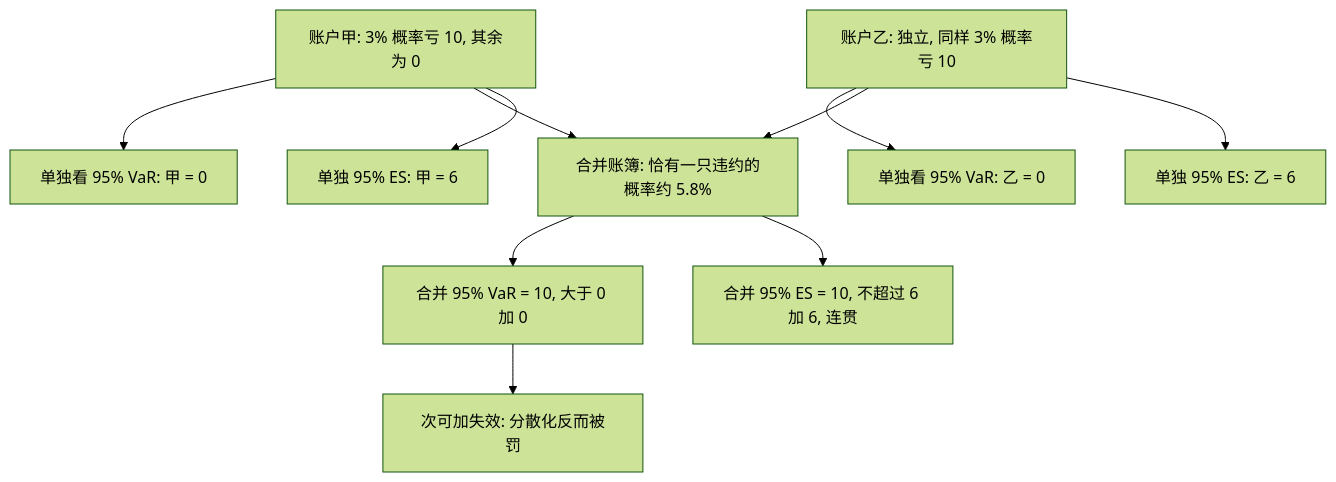
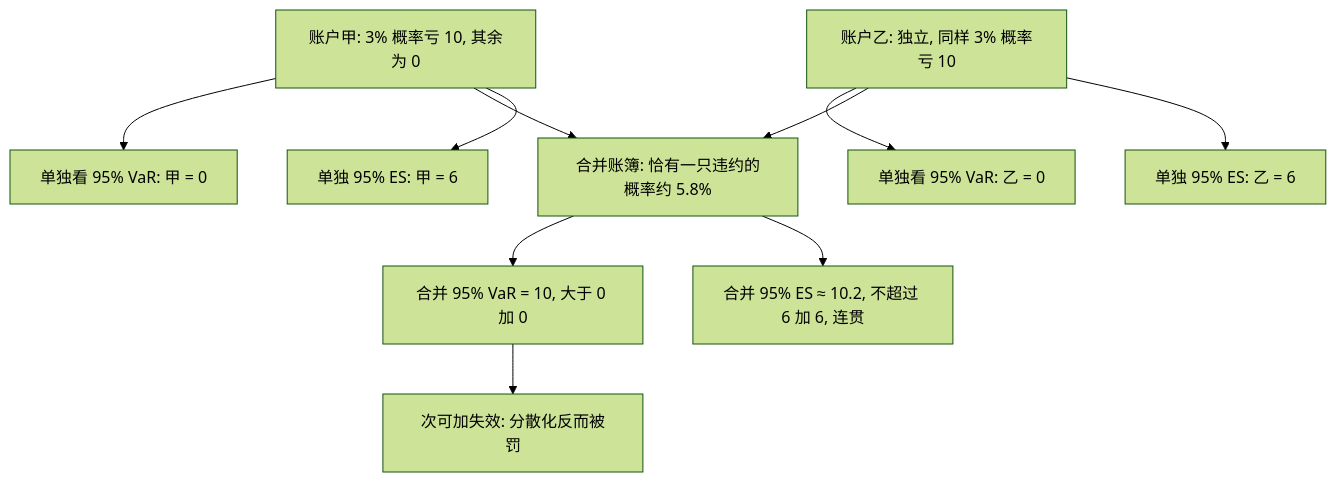
The first of 2 diagrams in docs/quant/expected-shortfall.md (xhongduo-tech/xhongduo-tech.github.io), drawn with Mermaid (forest theme) before and after one commit. The commit also changed 2 other files, not shown here.

Commit message:
Content review quant-121: fix GLFT optimal distance (drop spurious 1/kappa), arrival-price IS term, ES subadditivity example to 10.2.

````diff
--- a/docs/quant/expected-shortfall.md
+++ b/docs/quant/expected-shortfall.md
@@ -20,12 +20,12 @@
 ```mermaid
 flowchart TD
   A["账户甲: 3% 概率亏 10, 其余为 0"] --> VA["单独看 95% VaR: 甲 = 0"]
   B["账户乙: 独立, 同样 3% 概率亏 10"] --> VB["单独看 95% VaR: 乙 = 0"]
   A --> J["合并账簿: 恰有一只违约的概率约 5.8%"]
   B --> J
   J --> VJ["合并 95% VaR = 10, 大于 0 加 0"]
   VJ --> F["次可加失效: 分散化反而被罚"]
   A --> EA["单独 95% ES: 甲 = 6"]
   B --> EB["单独 95% ES: 乙 = 6"]
-  J --> EJ["合并 95% ES = 10, 不超过 6 加 6, 连贯"]
+  J --> EJ["合并 95% ES ≈ 10.2, 不超过 6 加 6, 连贯"]
 ```
````
